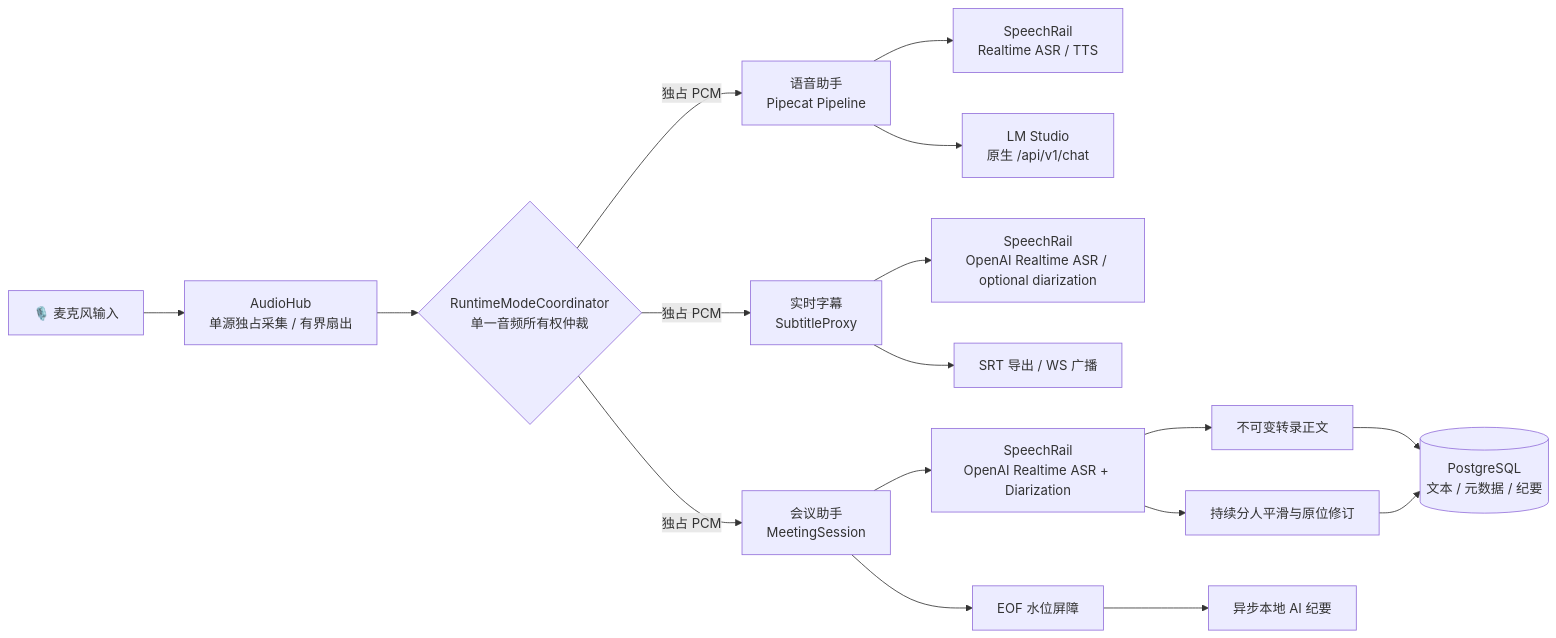
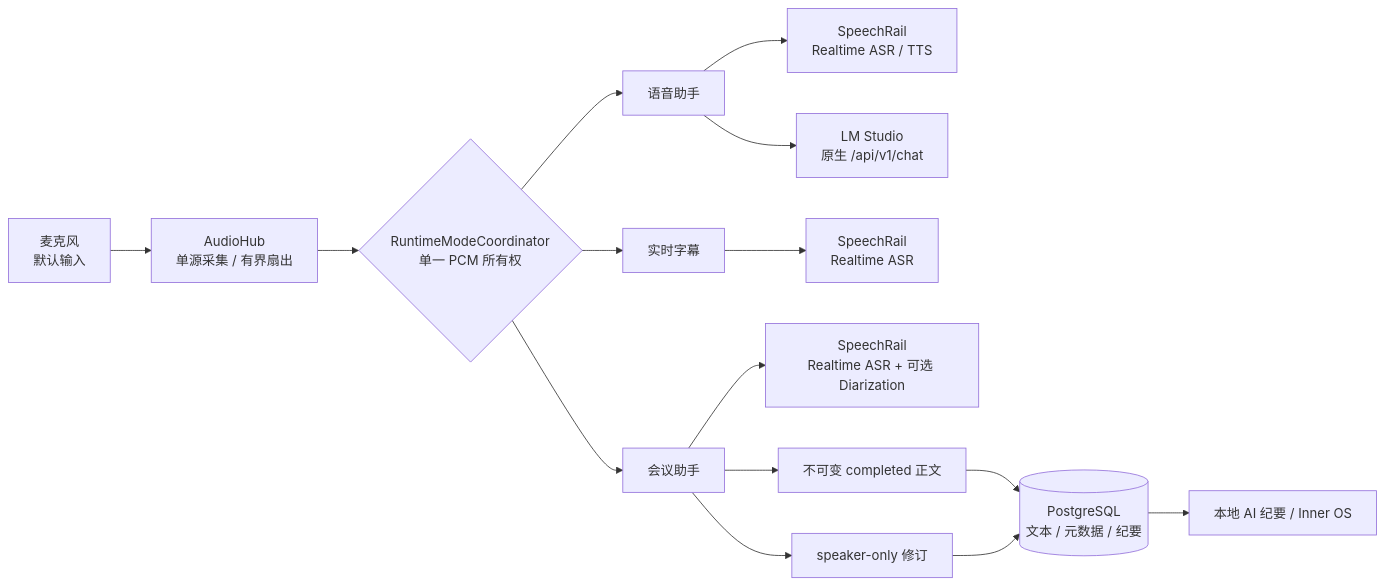
The diagram in README.md (hrygo/sona), drawn with Mermaid before and after one commit. The commit also changed other lines of this file, not shown here.

````diff
--- a/README.md
+++ b/README.md
@@ -79,23 +53,20 @@
 ```mermaid
 flowchart LR
-    MIC[🎙️ 麦克风输入] --> HUB[AudioHub<br/>单源独占采集 / 有界扇出]
-    HUB --> MODE{RuntimeModeCoordinator<br/>单一音频所有权仲裁}
+    MIC[麦克风<br/>默认输入] --> HUB[AudioHub<br/>单源采集 / 有界扇出]
+    HUB --> MODE{RuntimeModeCoordinator<br/>单一 PCM 所有权}
 
-    MODE -->|独占 PCM| ASSIST[语音助手<br/>Pipecat Pipeline]
-    MODE -->|独占 PCM| SUB[实时字幕<br/>SubtitleProxy]
-    MODE -->|独占 PCM| MEET[会议助手<br/>MeetingSession]
+    MODE --> ASSIST[语音助手]
+    MODE --> SUB[实时字幕]
+    MODE --> MEET[会议助手]
 
     ASSIST --> SR1[SpeechRail<br/>Realtime ASR / TTS]
-    ASSIST --> LLM1[LM Studio<br/>原生 /api/v1/chat]
+    ASSIST --> LLM[LM Studio<br/>原生 /api/v1/chat]
+    SUB --> SR2[SpeechRail<br/>Realtime ASR]
+    MEET --> SR3[SpeechRail<br/>Realtime ASR + 可选 Diarization]
 
-    SUB --> SR2[SpeechRail<br/>OpenAI Realtime ASR / optional diarization]
-    SUB --> SRT[SRT 导出 / WS 广播]
-
-    MEET --> SR3[SpeechRail<br/>OpenAI Realtime ASR + Diarization]
-    SR3 --> TEXT[不可变转录正文]
-    SR3 --> SPEAKER[持续分人平滑与原位修订]
+    MEET --> TEXT[不可变 completed 正文]
+    MEET --> SPEAKER[speaker-only 修订]
     TEXT --> DB[(PostgreSQL<br/>文本 / 元数据 / 纪要)]
     SPEAKER --> DB
-    MEET --> EOF[EOF 水位屏障]
-    EOF --> SUMMARY[异步本地 AI 纪要]
+    DB --> SUMMARY[本地 AI 纪要 / Inner OS]
 ```
````
